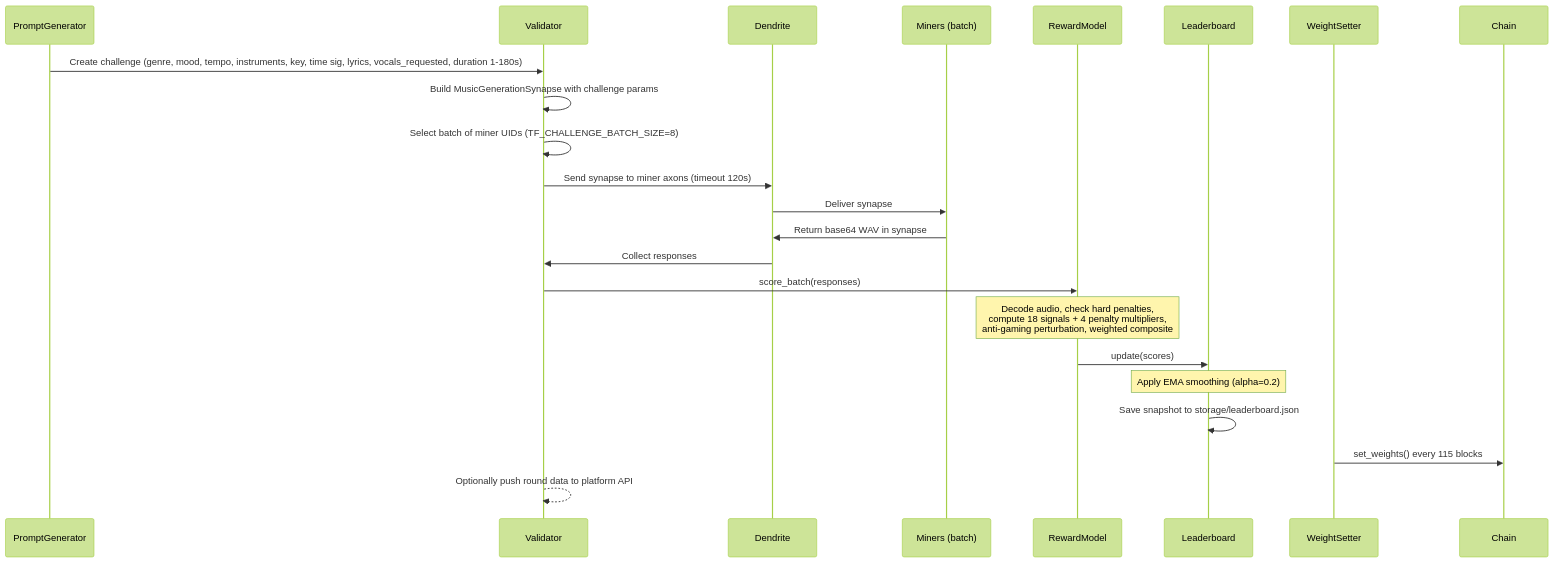
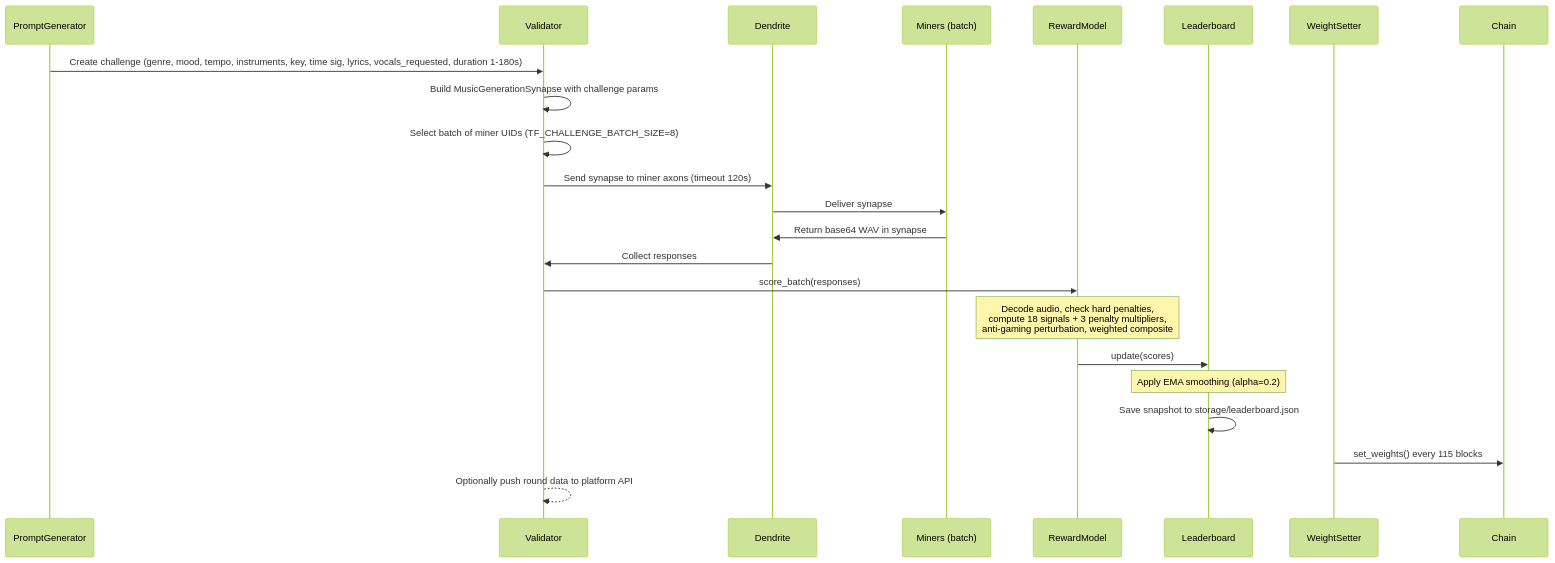
The second of 4 diagrams in docs/setup.md (borgg-dev/tuneforge), drawn with Mermaid (forest theme) before and after one commit. The commit also changed other lines of this file and 8 other files, not shown here.

````diff
--- a/docs/setup.md
+++ b/docs/setup.md
@@ -78,26 +78,26 @@
 ```mermaid
 sequenceDiagram
     participant PG as PromptGenerator
     participant V as Validator
     participant D as Dendrite
     participant M as Miners (batch)
     participant RM as RewardModel
     participant LB as Leaderboard
     participant WS as WeightSetter
     participant C as Chain
 
     PG->>V: Create challenge (genre, mood, tempo, instruments, key, time sig, lyrics, vocals_requested, duration 1-180s)
     V->>V: Build MusicGenerationSynapse with challenge params
     V->>V: Select batch of miner UIDs (TF_CHALLENGE_BATCH_SIZE=8)
     V->>D: Send synapse to miner axons (timeout 120s)
     D->>M: Deliver synapse
     M->>D: Return base64 WAV in synapse
     D->>V: Collect responses
     V->>RM: score_batch(responses)
-    Note over RM: Decode audio, check hard penalties,<br/>compute 18 signals + 4 penalty multipliers,<br/>anti-gaming perturbation, weighted composite
+    Note over RM: Decode audio, check hard penalties,<br/>compute 18 signals + 3 penalty multipliers,<br/>anti-gaming perturbation, weighted composite
     RM->>LB: update(scores)
     Note over LB: Apply EMA smoothing (alpha=0.2)
     LB->>LB: Save snapshot to storage/leaderboard.json
     WS->>C: set_weights() every 115 blocks
     V-->>V: Optionally push round data to platform API
 ```
````
